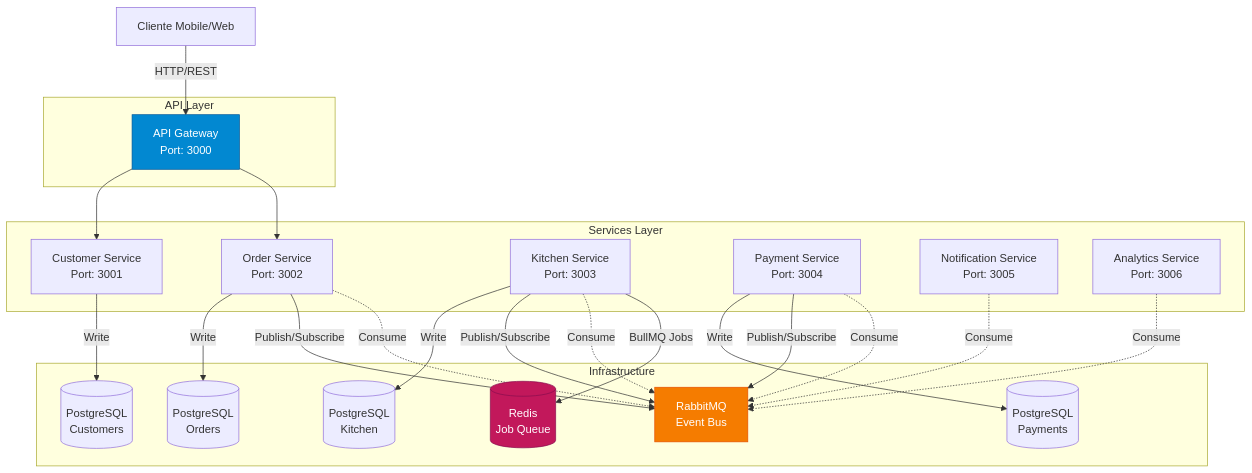
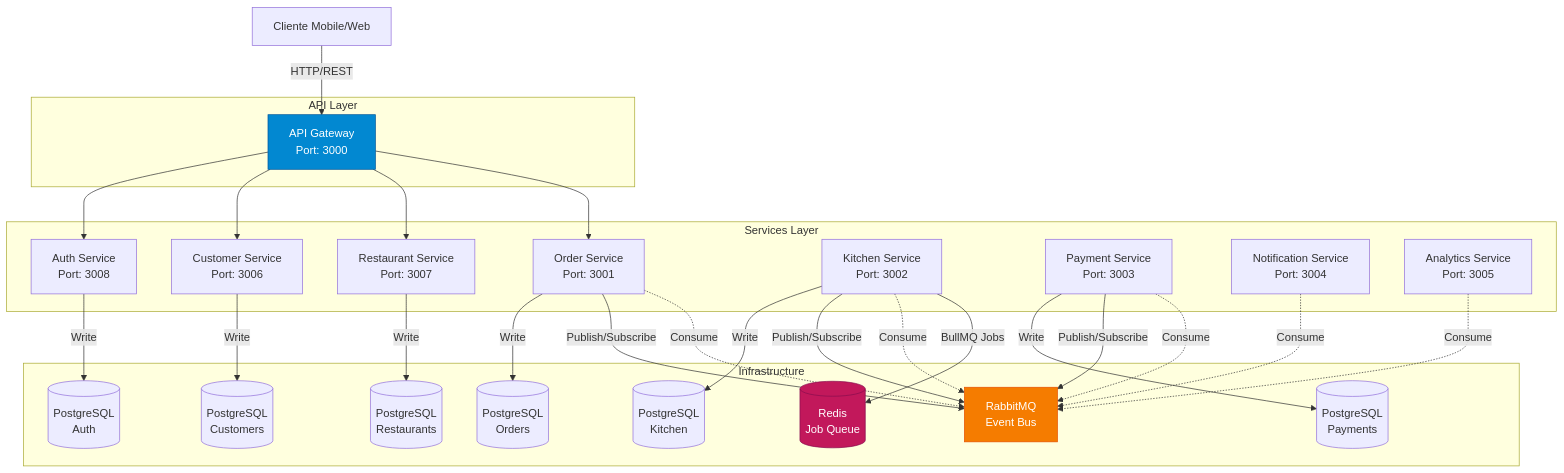
The first of 3 diagrams in README.md (felipersas/food-delivery-microservices), drawn with Mermaid before and after one commit. The commit also changed other lines of this file and 2 other files, not shown here.

````diff
--- a/README.md
+++ b/README.md
@@ -11,51 +13,59 @@
 ```mermaid
 graph TB
     Client[Cliente Mobile/Web]
 
     subgraph "API Layer"
         Gateway[API Gateway<br/>Port: 3000]
     end
 
     subgraph "Services Layer"
-        Customer[Customer Service<br/>Port: 3001]
-        Order[Order Service<br/>Port: 3002]
-        Kitchen[Kitchen Service<br/>Port: 3003]
-        Payment[Payment Service<br/>Port: 3004]
-        Notification[Notification Service<br/>Port: 3005]
-        Analytics[Analytics Service<br/>Port: 3006]
+        Auth[Auth Service<br/>Port: 3008]
+        Customer[Customer Service<br/>Port: 3006]
+        Restaurant[Restaurant Service<br/>Port: 3007]
+        Order[Order Service<br/>Port: 3001]
+        Kitchen[Kitchen Service<br/>Port: 3002]
+        Payment[Payment Service<br/>Port: 3003]
+        Notification[Notification Service<br/>Port: 3004]
+        Analytics[Analytics Service<br/>Port: 3005]
     end
 
     subgraph "Infrastructure"
         RabbitMQ[RabbitMQ<br/>Event Bus]
         Redis[(Redis<br/>Job Queue)]
         Postgres1[(PostgreSQL<br/>Orders)]
         Postgres2[(PostgreSQL<br/>Kitchen)]
         Postgres3[(PostgreSQL<br/>Payments)]
         Postgres4[(PostgreSQL<br/>Customers)]
+        Postgres5[(PostgreSQL<br/>Restaurants)]
+        Postgres6[(PostgreSQL<br/>Auth)]
     end
 
     Client -->|HTTP/REST| Gateway
+    Gateway --> Auth
     Gateway --> Customer
+    Gateway --> Restaurant
     Gateway --> Order
 
     Order -->|Write| Postgres1
     Kitchen -->|Write| Postgres2
     Payment -->|Write| Postgres3
     Customer -->|Write| Postgres4
+    Restaurant -->|Write| Postgres5
+    Auth -->|Write| Postgres6
 
     Order -->|Publish/Subscribe| RabbitMQ
     Payment -->|Publish/Subscribe| RabbitMQ
     Kitchen -->|Publish/Subscribe| RabbitMQ
 
     Payment -.->|Consume| RabbitMQ
     Kitchen -.->|Consume| RabbitMQ
     Notification -.->|Consume| RabbitMQ
     Analytics -.->|Consume| RabbitMQ
     Order -.->|Consume| RabbitMQ
 
     Kitchen -->|BullMQ Jobs| Redis
 
     style Gateway fill:#0288d1,color:#fff,stroke:#01579b,strokeWidth:2px
     style RabbitMQ fill:#f57c00,color:#fff,stroke:#e65100,strokeWidth:2px
     style Redis fill:#c2185b,color:#fff,stroke:#880e4f,strokeWidth:2px
 ```
````
